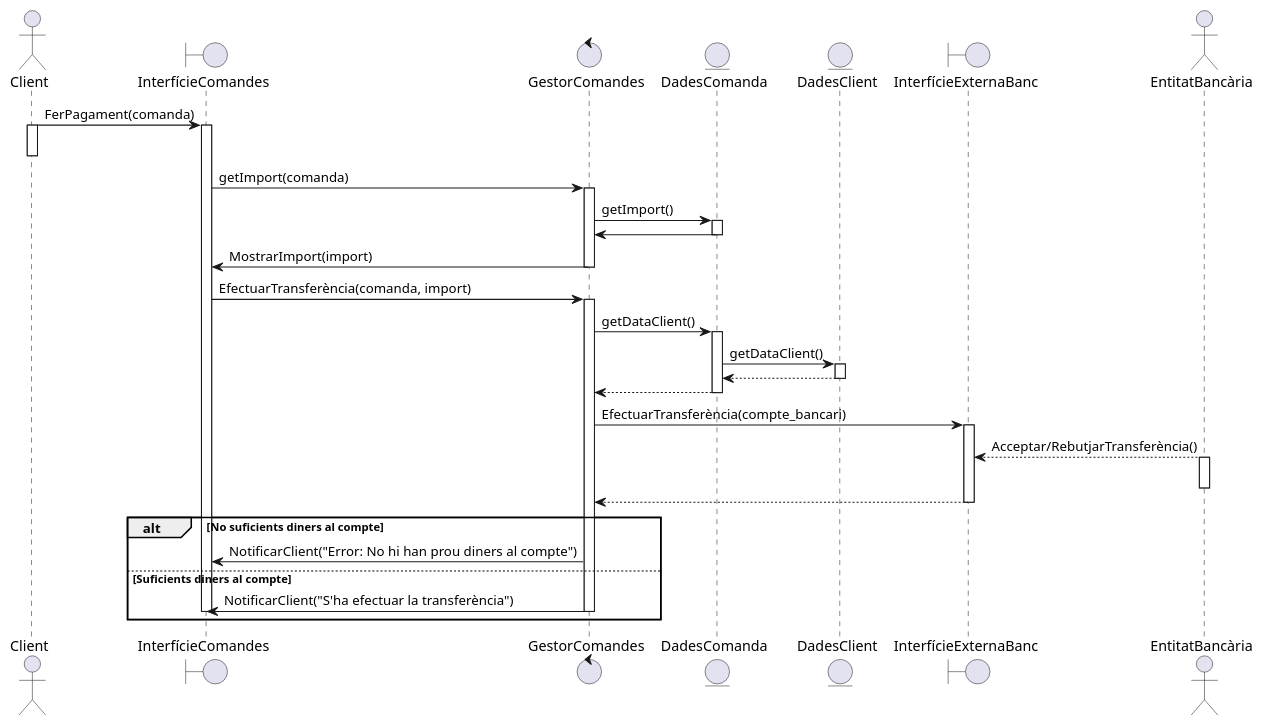
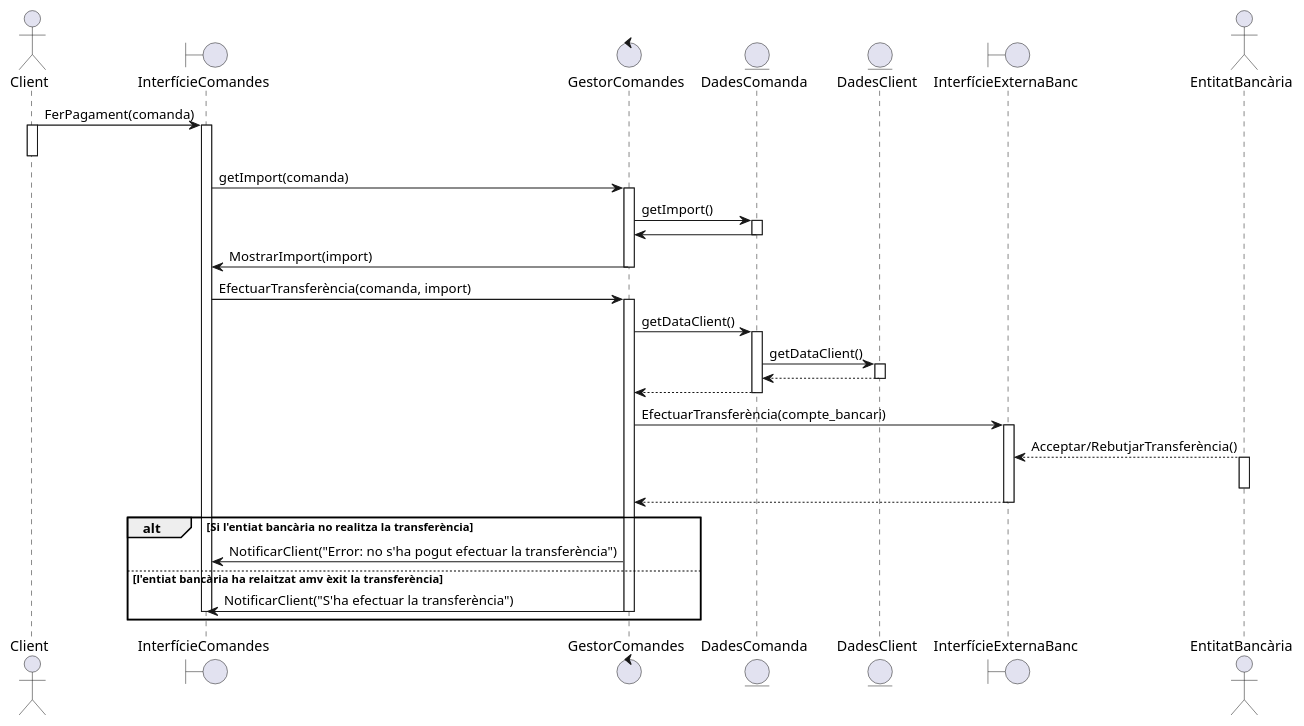
The diagram in documents/Diagrames i Especificacions/Seqüencia/seta/2 - fer pagament.puml (martipages/ES23UAB431-02), drawn with PlantUML before and after one commit. The commit also changed 19 other files, not shown here.

```diff
--- a/documents/Diagrames i Especificacions/Seqüencia/seta/2 - fer pagament.puml
+++ b/documents/Diagrames i Especificacions/Seqüencia/seta/2 - fer pagament.puml
@@ -1,51 +1,51 @@
 @startuml
 
 actor Client
 boundary InterfícieComandes
 
 control GestorComandes
 entity DadesComanda
 
 entity DadesClient
 
 boundary InterfícieExternaBanc
 actor EntitatBancària
 
 
 
 Client -> InterfícieComandes++:FerPagament(comanda)
 Client++
 Client--
 InterfícieComandes -> GestorComandes++:getImport(comanda)
 GestorComandes -> DadesComanda++:getImport()
 DadesComanda -> GestorComandes--
 GestorComandes -> InterfícieComandes--: MostrarImport(import)
 
 
 
 'InterfícieComandes->GestorComptes++:FerPagament(import,client)
 InterfícieComandes->GestorComandes++:EfectuarTransferència(comanda, import)
 GestorComandes->DadesComanda++:getDataClient()
 
 DadesComanda->DadesClient++:getDataClient()
 DadesClient-->DadesComanda--
 DadesComanda-->GestorComandes--
 
 GestorComandes->InterfícieExternaBanc++:EfectuarTransferència(compte_bancari)
 
 EntitatBancària --> InterfícieExternaBanc:Acceptar/RebutjarTransferència()
 EntitatBancària++
 EntitatBancària--
 InterfícieExternaBanc-->GestorComandes--
-alt No suficients diners al compte
-GestorComandes -> InterfícieComandes: NotificarClient("Error: No hi han prou diners al compte")
-else Suficients diners al compte
+alt Si l'entiat bancària no realitza la transferència
+GestorComandes -> InterfícieComandes: NotificarClient("Error: no s'ha pogut efectuar la transferència")
+else l'entiat bancària ha relaitzat amv èxit la transferència
 GestorComandes ->InterfícieComandes--:NotificarClient("S'ha efectuar la transferència")
 InterfícieComandes--
 end
 
 
 
 
 
 @enduml
```
